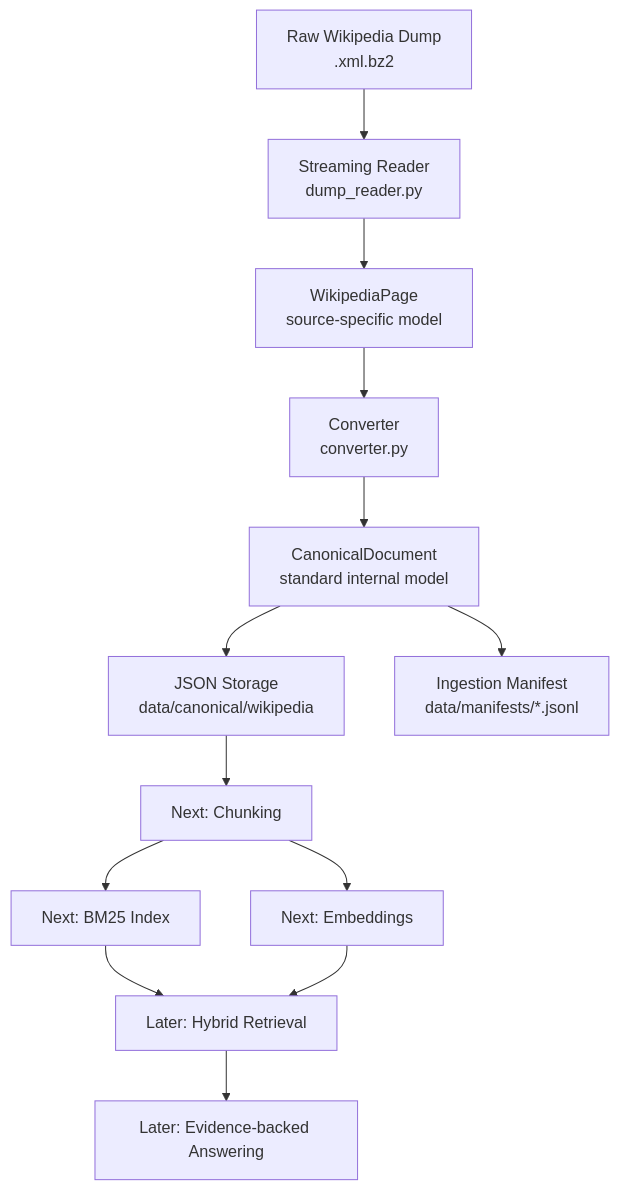
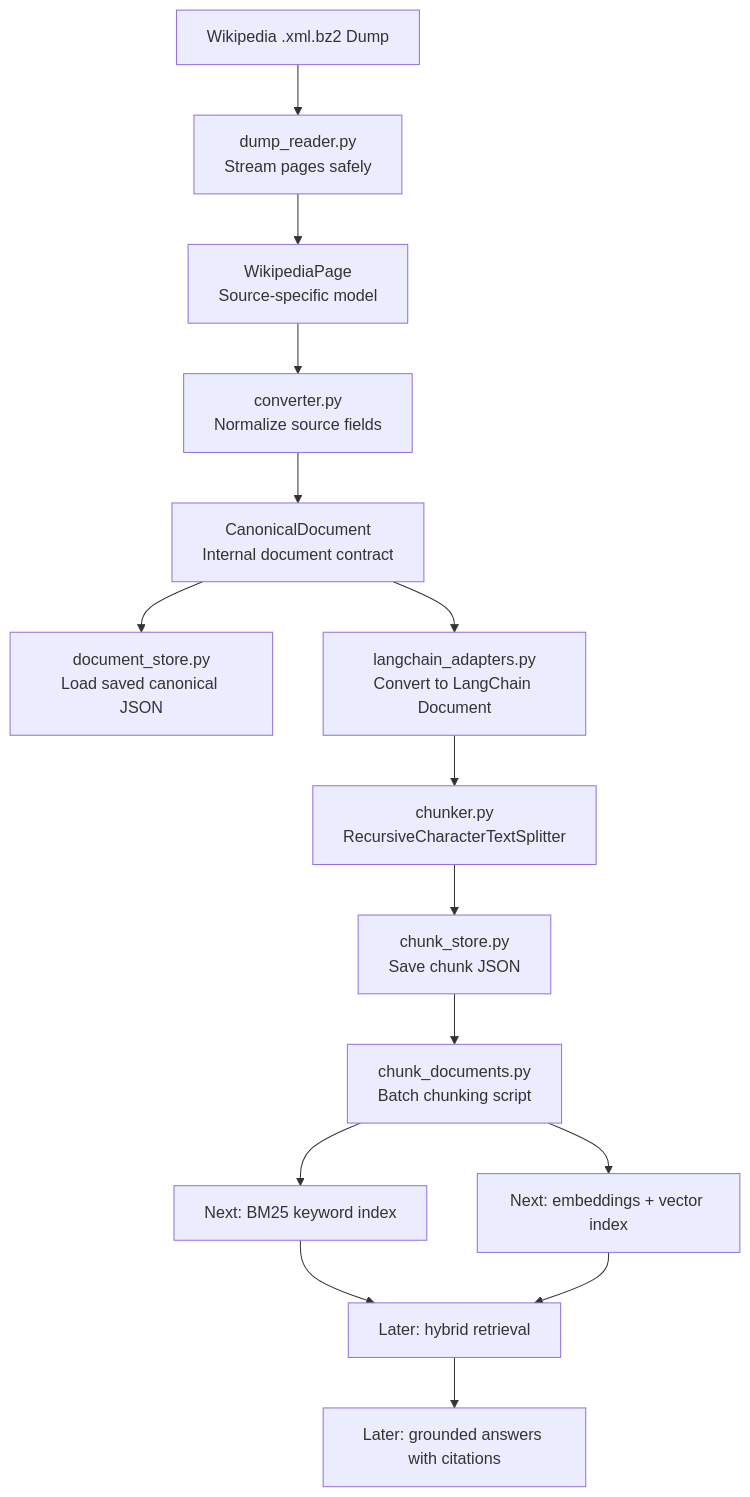
Before and after one commit to parasiitism/enterprise-rag-pipeline: the diagram in README.md, drawn with Mermaid. The commit also changed other lines of this file and 4 other files, not shown here.

````diff
--- a/README.md
+++ b/README.md
@@ -69,15 +76,17 @@
 ```mermaid
 flowchart TD
-    A["Raw Wikipedia Dump<br/>.xml.bz2"] --> B["Streaming Reader<br/>dump_reader.py"]
-    B --> C["WikipediaPage<br/>source-specific model"]
-    C --> D["Converter<br/>converter.py"]
-    D --> E["CanonicalDocument<br/>standard internal model"]
-    E --> F["JSON Storage<br/>data/canonical/wikipedia"]
-    E --> G["Ingestion Manifest<br/>data/manifests/*.jsonl"]
-    F --> H["Next: Chunking"]
-    H --> I["Next: BM25 Index"]
-    H --> J["Next: Embeddings"]
-    I --> K["Later: Hybrid Retrieval"]
-    J --> K
-    K --> L["Later: Evidence-backed Answering"]
+    A["Wikipedia .xml.bz2 Dump"] --> B["dump_reader.py<br/>Stream pages safely"]
+    B --> C["WikipediaPage<br/>Source-specific model"]
+    C --> D["converter.py<br/>Normalize source fields"]
+    D --> E["CanonicalDocument<br/>Internal document contract"]
+    E --> F["document_store.py<br/>Load saved canonical JSON"]
+    E --> G["langchain_adapters.py<br/>Convert to LangChain Document"]
+    G --> H["chunker.py<br/>RecursiveCharacterTextSplitter"]
+    H --> I["chunk_store.py<br/>Save chunk JSON"]
+    I --> J["chunk_documents.py<br/>Batch chunking script"]
+    J --> K["Next: BM25 keyword index"]
+    J --> L["Next: embeddings + vector index"]
+    K --> M["Later: hybrid retrieval"]
+    L --> M
+    M --> N["Later: grounded answers with citations"]
 ```
````
